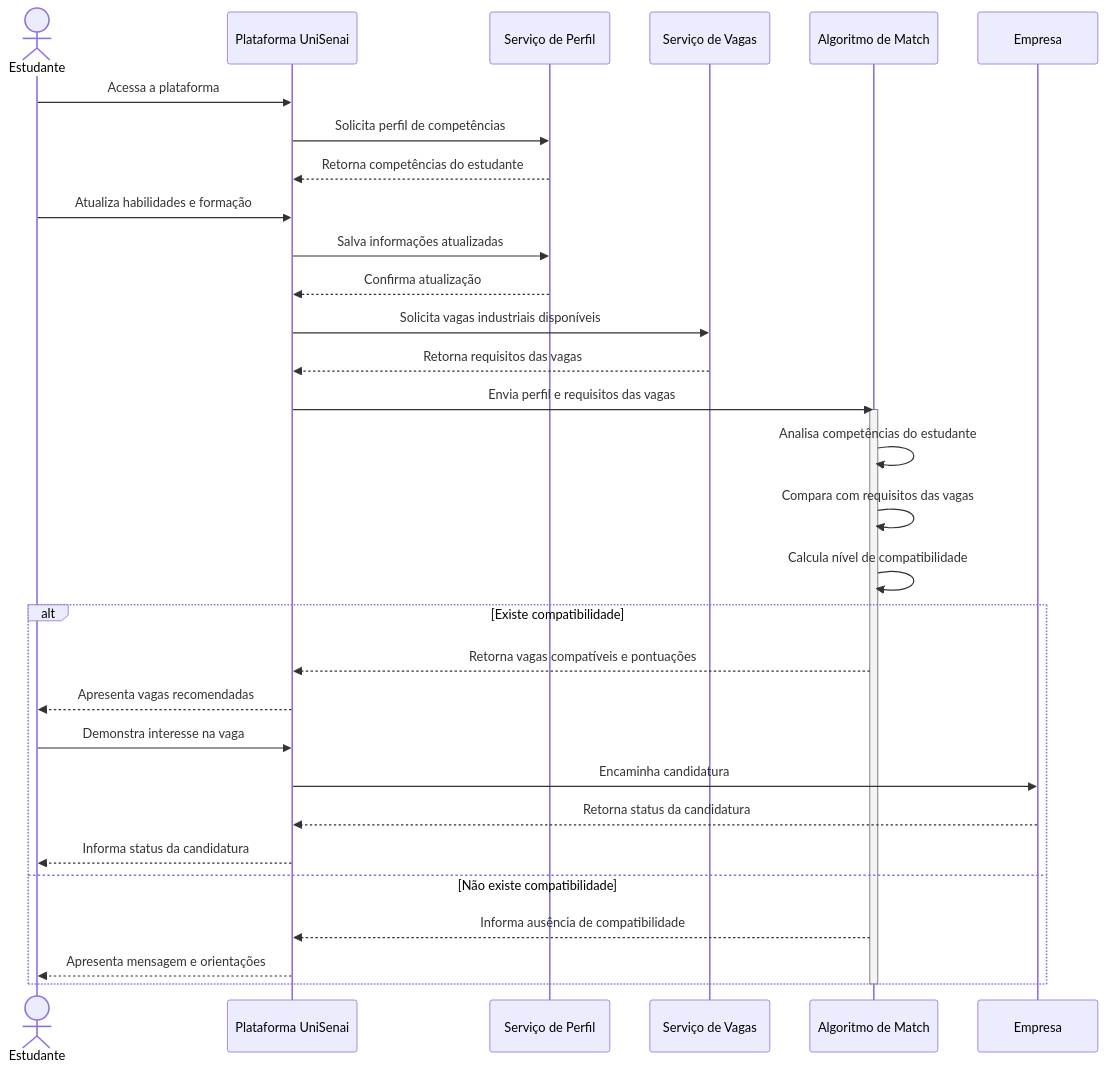
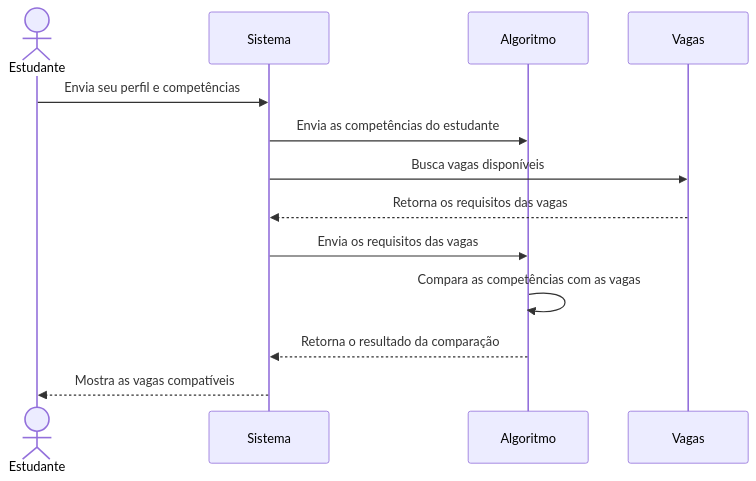
Before and after one commit to jao462/Atividade-Modelagem_Software: the diagram in João.md, drawn with Mermaid. The commit also changed other lines of this file, not shown here.

Commit message:
Refactor sequence diagram for UniSenai competencies

````diff
--- a/João.md
+++ b/João.md
@@ -4,43 +4,18 @@
 ```mermaid
 sequenceDiagram
     actor Estudante
-    participant Plataforma as Plataforma UniSenai
-    participant Perfil as Serviço de Perfil
-    participant Vagas as Serviço de Vagas
-    participant Match as Algoritmo de Match
-    participant Empresa
+    participant Sistema
+    participant Algoritmo
+    participant Vagas
 
-    Estudante->>Plataforma: Acessa a plataforma
-    Plataforma->>Perfil: Solicita perfil de competências
-    Perfil-->>Plataforma: Retorna competências do estudante
+    Estudante->>Sistema: Envia seu perfil e competências
+    Sistema->>Algoritmo: Envia as competências do estudante
+    Sistema->>Vagas: Busca vagas disponíveis
+    Vagas-->>Sistema: Retorna os requisitos das vagas
 
-    Estudante->>Plataforma: Atualiza habilidades e formação
-    Plataforma->>Perfil: Salva informações atualizadas
-    Perfil-->>Plataforma: Confirma atualização
+    Sistema->>Algoritmo: Envia os requisitos das vagas
+    Algoritmo->>Algoritmo: Compara as competências com as vagas
+    Algoritmo-->>Sistema: Retorna o resultado da comparação
 
-    Plataforma->>Vagas: Solicita vagas industriais disponíveis
-    Vagas-->>Plataforma: Retorna requisitos das vagas
-
-    Plataforma->>Match: Envia perfil e requisitos das vagas
-    activate Match
-
-    Match->>Match: Analisa competências do estudante
-    Match->>Match: Compara com requisitos das vagas
-    Match->>Match: Calcula nível de compatibilidade
-
-    alt Existe compatibilidade
-        Match-->>Plataforma: Retorna vagas compatíveis e pontuações
-        Plataforma-->>Estudante: Apresenta vagas recomendadas
-
-        Estudante->>Plataforma: Demonstra interesse na vaga
-        Plataforma->>Empresa: Encaminha candidatura
-        Empresa-->>Plataforma: Retorna status da candidatura
-        Plataforma-->>Estudante: Informa status da candidatura
-
-    else Não existe compatibilidade
-        Match-->>Plataforma: Informa ausência de compatibilidade
-        Plataforma-->>Estudante: Apresenta mensagem e orientações
-    end
-
-    deactivate Match
+    Sistema-->>Estudante: Mostra as vagas compatíveis
 ```
````
